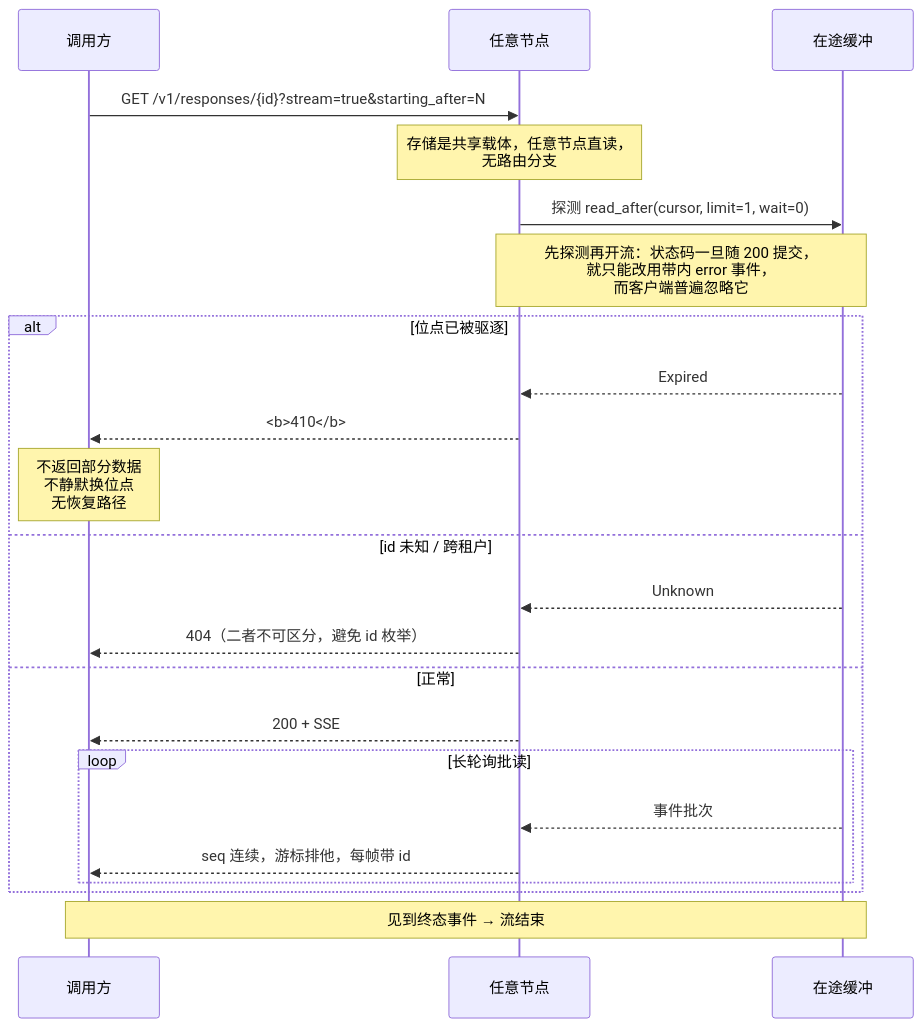
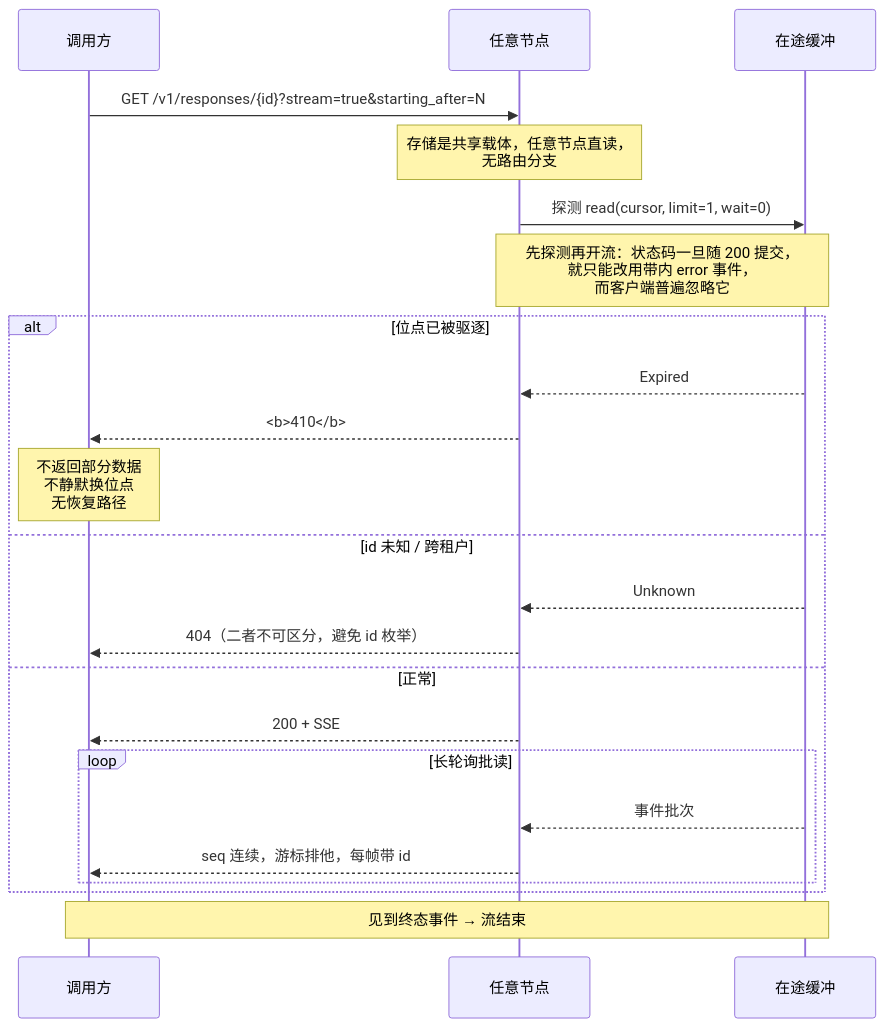
One commit to charleslyh/nova-chat changed the sixth of 8 diagrams in docs/design/00-architecture-review.md. Above: the diagram before and after it, drawn with Mermaid. The commit also changed other lines of this file and 58 other files, not shown here.

````diff
--- a/docs/design/00-architecture-review.md
+++ b/docs/design/00-architecture-review.md
@@ -491,29 +497,29 @@
 ```mermaid
 sequenceDiagram
     participant C as 调用方
     participant N as 任意节点
     participant B as 在途缓冲
 
     C->>N: GET /v1/responses/{id}?stream=true&starting_after=N
     Note over N: 存储是共享载体，任意节点直读，<br/>无路由分支
 
-    N->>B: 探测 read_after(cursor, limit=1, wait=0)
+    N->>B: 探测 read(cursor, limit=1, wait=0)
     Note over N,B: 先探测再开流：状态码一旦随 200 提交，<br/>就只能改用带内 error 事件，<br/>而客户端普遍忽略它
 
     alt 位点已被驱逐
         B-->>N: Expired
         N-->>C: <b>410</b>
         Note over C: 不返回部分数据<br/>不静默换位点<br/>无恢复路径
     else id 未知 / 跨租户
         B-->>N: Unknown
         N-->>C: 404（二者不可区分，避免 id 枚举）
     else 正常
         N-->>C: 200 + SSE
         loop 长轮询批读
             B-->>N: 事件批次
             N-->>C: seq 连续，游标排他，每帧带 id
         end
     end
 
     Note over C,B: 见到终态事件 → 流结束
 ```
````
